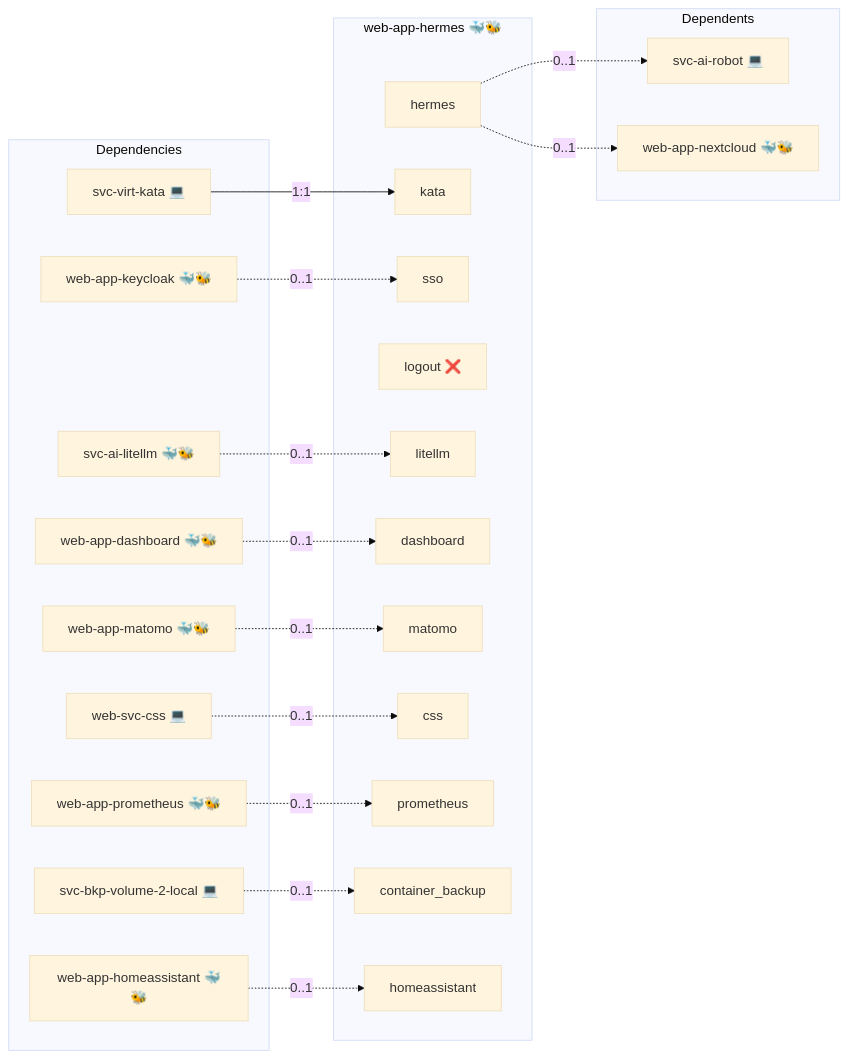
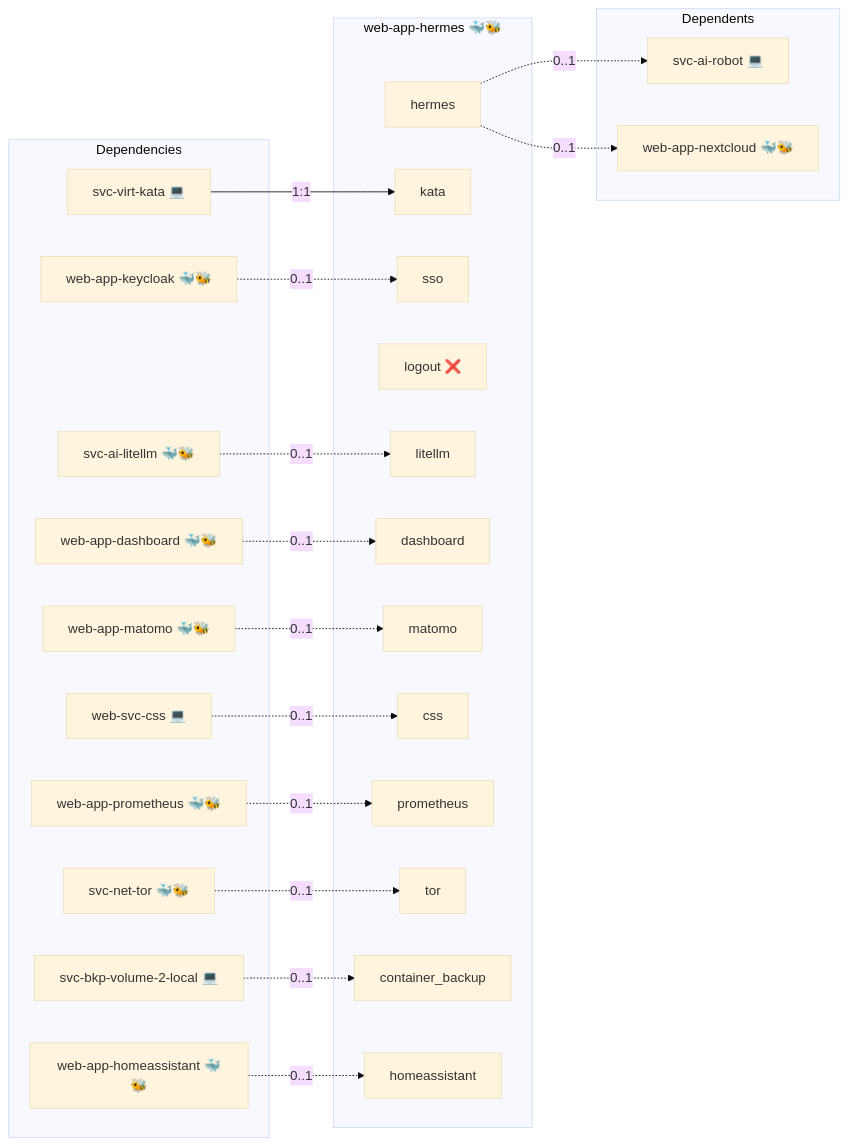
The diagram in roles/web-app-hermes/README.md (infinito-nexus/core), drawn with Mermaid (base theme) before and after one commit. The commit also changed 8 other files, not shown here.

````diff
--- a/roles/web-app-hermes/README.md
+++ b/roles/web-app-hermes/README.md
@@ -15,42 +15,45 @@
 ```mermaid
 flowchart LR
     subgraph deps [Dependencies]
         dep_svc_ai_litellm["svc-ai-litellm 🐳🐝"]
         dep_svc_bkp_volume_2_local["svc-bkp-volume-2-local 💻"]
+        dep_svc_net_tor["svc-net-tor 🐳🐝"]
         dep_svc_virt_kata["svc-virt-kata 💻"]
         dep_web_app_dashboard["web-app-dashboard 🐳🐝"]
         dep_web_app_homeassistant["web-app-homeassistant 🐳🐝"]
         dep_web_app_keycloak["web-app-keycloak 🐳🐝"]
         dep_web_app_matomo["web-app-matomo 🐳🐝"]
         dep_web_app_prometheus["web-app-prometheus 🐳🐝"]
         dep_web_svc_css["web-svc-css 💻"]
     end
     subgraph role [web-app-hermes 🐳🐝]
         svc_hermes["hermes"]
         svc_kata["kata"]
         svc_sso["sso"]
         svc_logout["logout ❌"]
         svc_litellm["litellm"]
         svc_dashboard["dashboard"]
         svc_matomo["matomo"]
         svc_css["css"]
         svc_prometheus["prometheus"]
+        svc_tor["tor"]
         svc_container_backup["container_backup"]
         svc_homeassistant["homeassistant"]
     end
     subgraph dependents [Dependents]
         dpt_svc_ai_robot["svc-ai-robot 💻"]
         dpt_web_app_nextcloud["web-app-nextcloud 🐳🐝"]
     end
     dep_svc_ai_litellm -. "0..1" .-> svc_litellm
     dep_svc_bkp_volume_2_local -. "0..1" .-> svc_container_backup
+    dep_svc_net_tor -. "0..1" .-> svc_tor
     dep_svc_virt_kata -- "1:1" --> svc_kata
     dep_web_app_dashboard -. "0..1" .-> svc_dashboard
     dep_web_app_homeassistant -. "0..1" .-> svc_homeassistant
     dep_web_app_keycloak -. "0..1" .-> svc_sso
     dep_web_app_matomo -. "0..1" .-> svc_matomo
     dep_web_app_prometheus -. "0..1" .-> svc_prometheus
     dep_web_svc_css -. "0..1" .-> svc_css
     svc_hermes -. "0..1" .-> dpt_svc_ai_robot
     svc_hermes -. "0..1" .-> dpt_web_app_nextcloud
 ```
````
